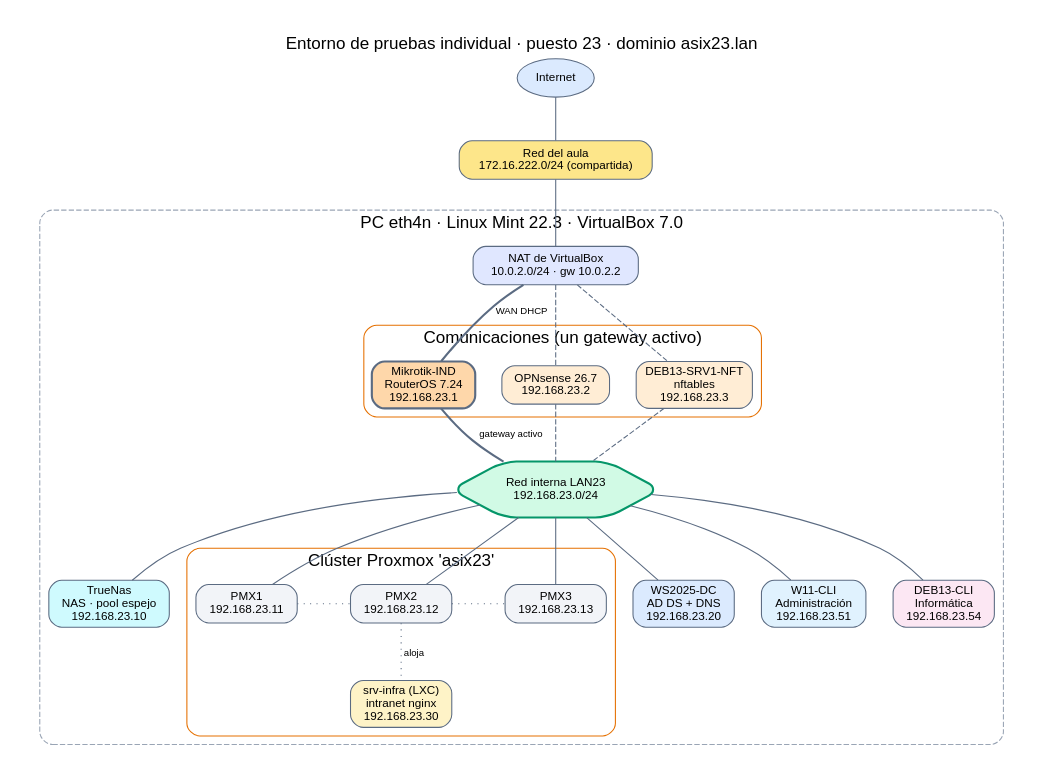
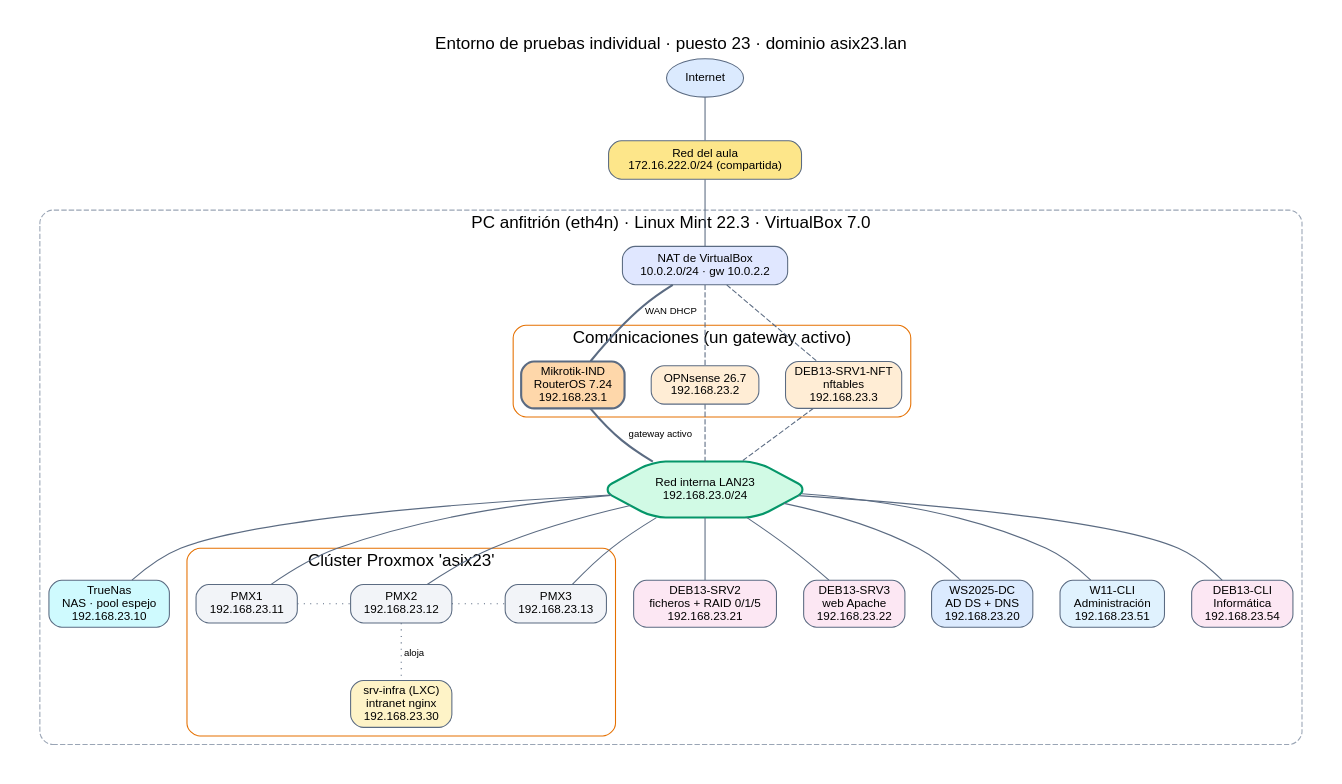
Before and after one commit to ethan3232/iso-naix-un-sistema-individual: the diagram in diagrames/esquema-red.dot, drawn with Graphviz. The commit also changed 11 other files, not shown here.

Commit message:
Tasca 6: RAID 0, 1 y 5 con mdadm en DEB13-SRV2, fallos provocados, reconstrucción, disco de reserva y medidas; DEB13-SRV2/SRV3 instaladas en LAN23

```diff
--- a/diagrames/esquema-red.dot
+++ b/diagrames/esquema-red.dot
@@ -1,34 +1,36 @@
 // Esquema de red del entorno individual — LAN23 192.168.23.0/24
 // Exportar: dot -Tpng esquema-red.dot -o esquema-red.png ; dot -Tsvg esquema-red.dot -o esquema-red.svg
 digraph LAN23 {
   graph [rankdir=TB, fontname="Helvetica", fontsize=12, bgcolor="white", pad=0.3, nodesep=0.35, ranksep=0.55,
          label="Entorno de pruebas individual · puesto 23 · dominio asix23.lan", labelloc=t, fontsize=16];
   node  [shape=box, style="rounded,filled", fontname="Helvetica", fontsize=11, fillcolor="#f2f4f8", color="#5b6b82"];
   edge  [color="#5b6b82", arrowhead=none, fontname="Helvetica", fontsize=9];
 
   inet [label="Internet", shape=ellipse, fillcolor="#dbeafe"];
   aula [label="Red del aula\n172.16.222.0/24 (compartida)", fillcolor="#fde68a"];
-  subgraph cluster_host { label="PC eth4n · Linux Mint 22.3 · VirtualBox 7.0"; style="rounded,dashed"; color="#9aa5b5";
+  subgraph cluster_host { label="PC anfitrión (eth4n) · Linux Mint 22.3 · VirtualBox 7.0"; style="rounded,dashed"; color="#9aa5b5";
     nat [label="NAT de VirtualBox\n10.0.2.0/24 · gw 10.0.2.2", fillcolor="#e0e7ff"];
     subgraph cluster_com { label="Comunicaciones (un gateway activo)"; style=rounded; color="#e57000";
       mk  [label="Mikrotik-IND\nRouterOS 7.24\n192.168.23.1", fillcolor="#fed7aa", penwidth=2];
       opn [label="OPNsense 26.7\n192.168.23.2", fillcolor="#ffedd5"];
       deb [label="DEB13-SRV1-NFT\nnftables\n192.168.23.3", fillcolor="#ffedd5"];
     }
     sw [label="Red interna LAN23\n192.168.23.0/24", shape=hexagon, fillcolor="#d1fae5", color="#059669", penwidth=2];
     nas [label="TrueNas\nNAS · pool espejo\n192.168.23.10", fillcolor="#cffafe"];
     subgraph cluster_pve { label="Clúster Proxmox 'asix23'"; style=rounded; color="#e57000";
       p1 [label="PMX1\n192.168.23.11"]; p2 [label="PMX2\n192.168.23.12"]; p3 [label="PMX3\n192.168.23.13"];
       ct [label="srv-infra (LXC)\nintranet nginx\n192.168.23.30", fillcolor="#fef3c7"];
     }
+    s2  [label="DEB13-SRV2\nficheros + RAID 0/1/5\n192.168.23.21", fillcolor="#fce7f3"];
+    s3  [label="DEB13-SRV3\nweb Apache\n192.168.23.22", fillcolor="#fce7f3"];
     dc  [label="WS2025-DC\nAD DS + DNS\n192.168.23.20", fillcolor="#dbeafe"];
     w11 [label="W11-CLI\nAdministración\n192.168.23.51", fillcolor="#e0f2fe"];
     dcl [label="DEB13-CLI\nInformática\n192.168.23.54", fillcolor="#fce7f3"];
   }
   inet -> aula -> nat;
   nat -> mk [label=" WAN DHCP", penwidth=2]; nat -> opn [style=dashed]; nat -> deb [style=dashed];
   mk -> sw [penwidth=2, label=" gateway activo"]; opn -> sw [style=dashed]; deb -> sw [style=dashed];
-  sw -> nas; sw -> p1; sw -> p2; sw -> p3; sw -> dc; sw -> w11; sw -> dcl;
+  sw -> nas; sw -> p1; sw -> p2; sw -> p3; sw -> dc; sw -> w11; sw -> dcl; sw -> s2; sw -> s3;
   p2 -> ct [style=dotted, label=" aloja"];
   p1 -> p2 [style=dotted, constraint=false]; p2 -> p3 [style=dotted, constraint=false];
 }
```
